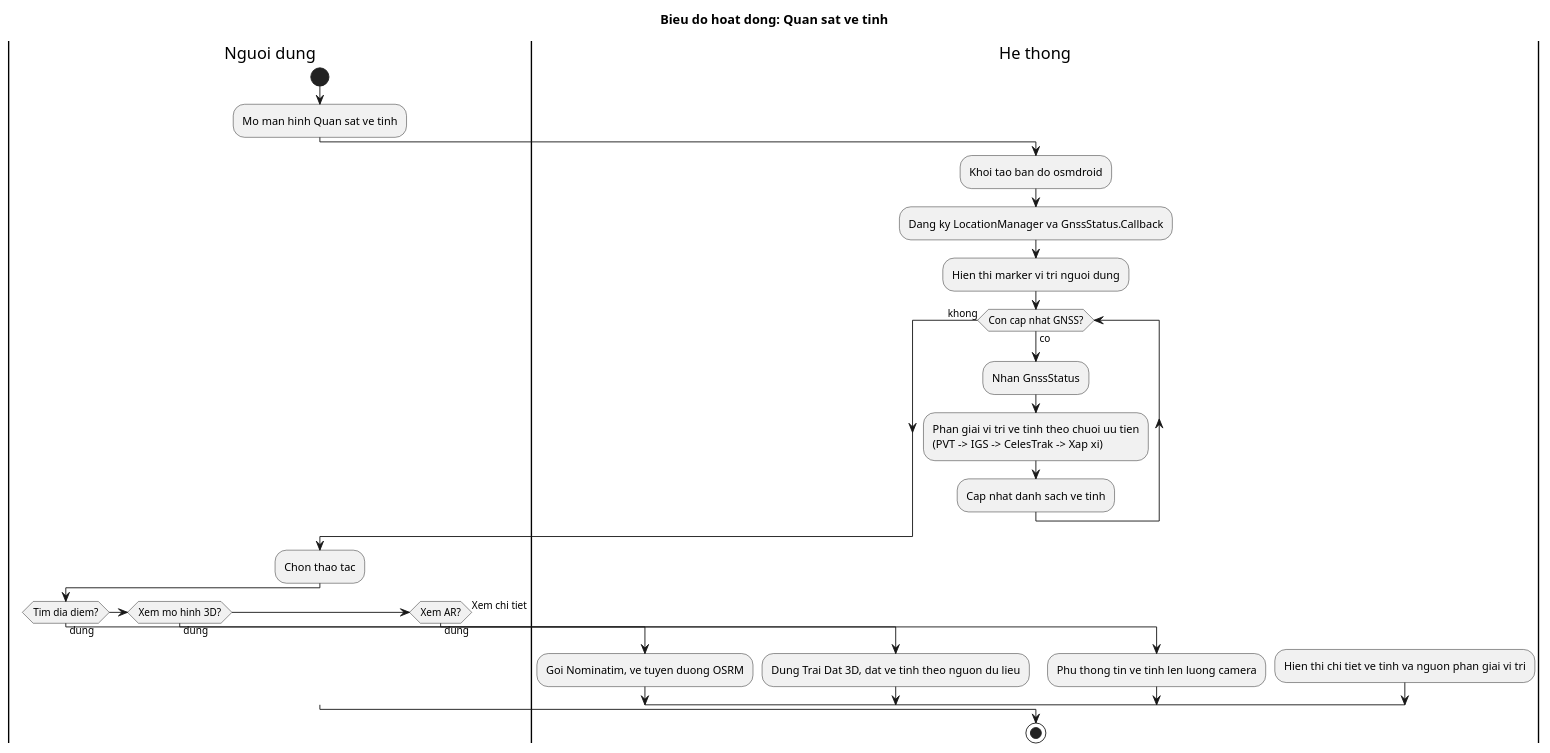
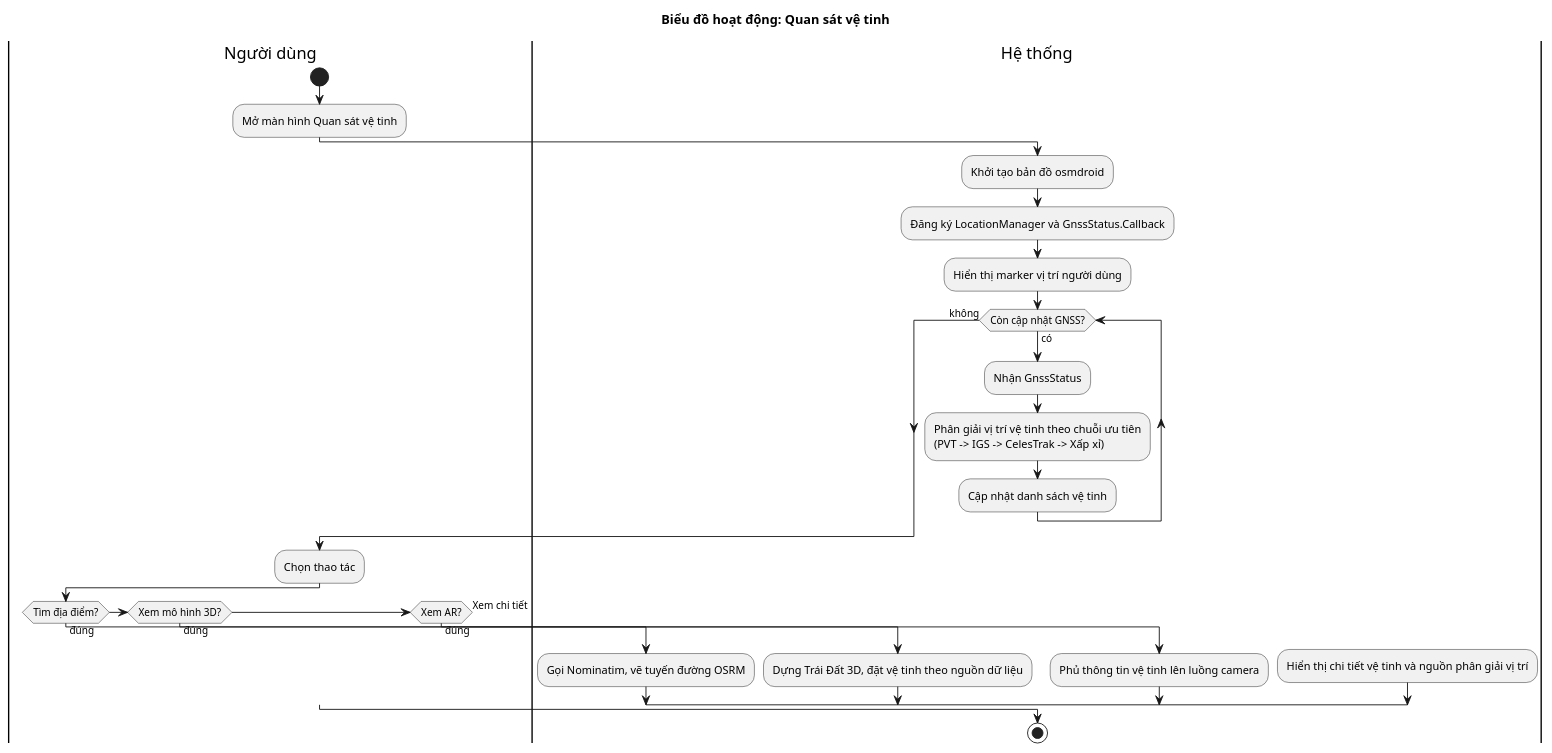
Before and after one commit to thanhmobile080604/My-Thesis-Latex: the diagram in PlantUML/quan_sat_ve_tinh_activity.puml, drawn with PlantUML. The commit also changed 47 other files, not shown here.

```diff
--- a/PlantUML/quan_sat_ve_tinh_activity.puml
+++ b/PlantUML/quan_sat_ve_tinh_activity.puml
@@ -1,34 +1,34 @@
 @startuml activity_quan_sat_ve_tinh
-' Render: tao anh figures/activity_quan_sat_ve_tinh.png cho muc 2.3.1
+' Render: tạo ảnh figures/activity_quan_sat_ve_tinh.png cho mục 2.3.1
 skinparam defaultFontName "Times New Roman"
-title Bieu do hoat dong: Quan sat ve tinh
+title Biểu đồ hoạt động: Quan sát vệ tinh
 
-|Nguoi dung|
+|Người dùng|
 start
-:Mo man hinh Quan sat ve tinh;
-|He thong|
-:Khoi tao ban do osmdroid;
-:Dang ky LocationManager va GnssStatus.Callback;
-:Hien thi marker vi tri nguoi dung;
-while (Con cap nhat GNSS?) is (co)
-  :Nhan GnssStatus;
-  :Phan giai vi tri ve tinh theo chuoi uu tien\n(PVT -> IGS -> CelesTrak -> Xap xi);
-  :Cap nhat danh sach ve tinh;
-endwhile (khong)
-|Nguoi dung|
-:Chon thao tac;
-if (Tim dia diem?) then (dung)
-  |He thong|
-  :Goi Nominatim, ve tuyen duong OSRM;
-elseif (Xem mo hinh 3D?) then (dung)
-  |He thong|
-  :Dung Trai Dat 3D, dat ve tinh theo nguon du lieu;
-elseif (Xem AR?) then (dung)
-  |He thong|
-  :Phu thong tin ve tinh len luong camera;
-else (Xem chi tiet)
-  |He thong|
-  :Hien thi chi tiet ve tinh va nguon phan giai vi tri;
+:Mở màn hình Quan sát vệ tinh;
+|Hệ thống|
+:Khởi tạo bản đồ osmdroid;
+:Đăng ký LocationManager và GnssStatus.Callback;
+:Hiển thị marker vị trí người dùng;
+while (Còn cập nhật GNSS?) is (có)
+  :Nhận GnssStatus;
+  :Phân giải vị trí vệ tinh theo chuỗi ưu tiên\n(PVT -> IGS -> CelesTrak -> Xấp xỉ);
+  :Cập nhật danh sách vệ tinh;
+endwhile (không)
+|Người dùng|
+:Chọn thao tác;
+if (Tìm địa điểm?) then (đúng)
+  |Hệ thống|
+  :Gọi Nominatim, vẽ tuyến đường OSRM;
+elseif (Xem mô hình 3D?) then (đúng)
+  |Hệ thống|
+  :Dựng Trái Đất 3D, đặt vệ tinh theo nguồn dữ liệu;
+elseif (Xem AR?) then (đúng)
+  |Hệ thống|
+  :Phủ thông tin vệ tinh lên luồng camera;
+else (Xem chi tiết)
+  |Hệ thống|
+  :Hiển thị chi tiết vệ tinh và nguồn phân giải vị trí;
 endif
 stop
 @enduml
```
